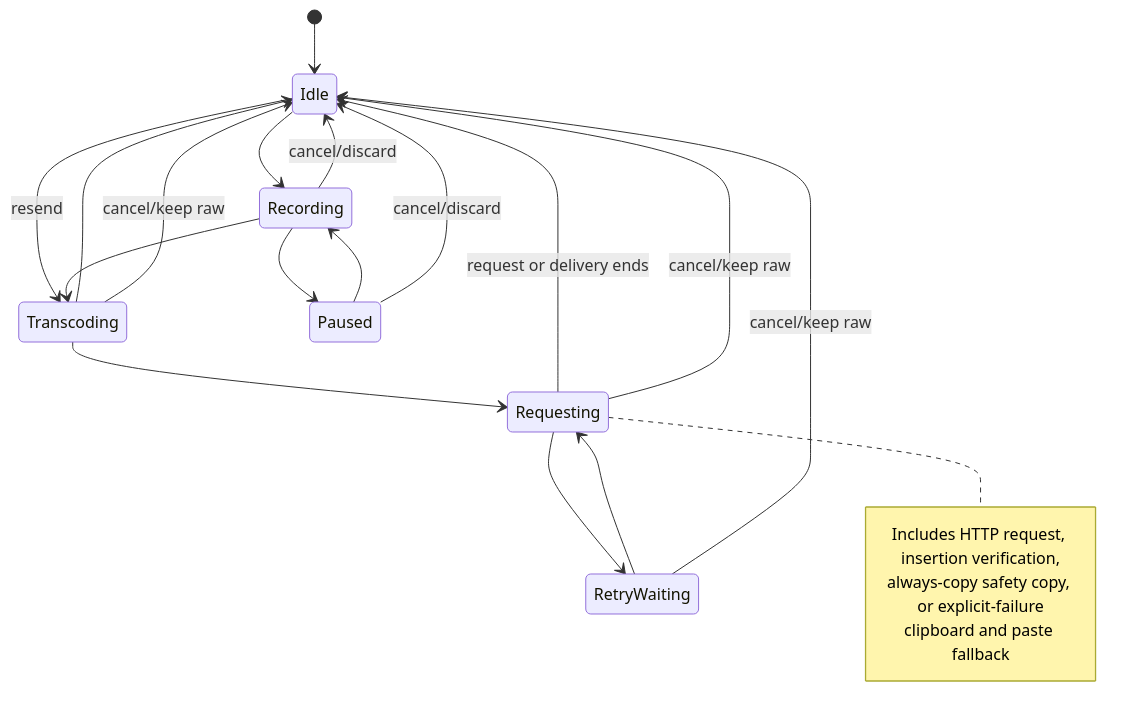
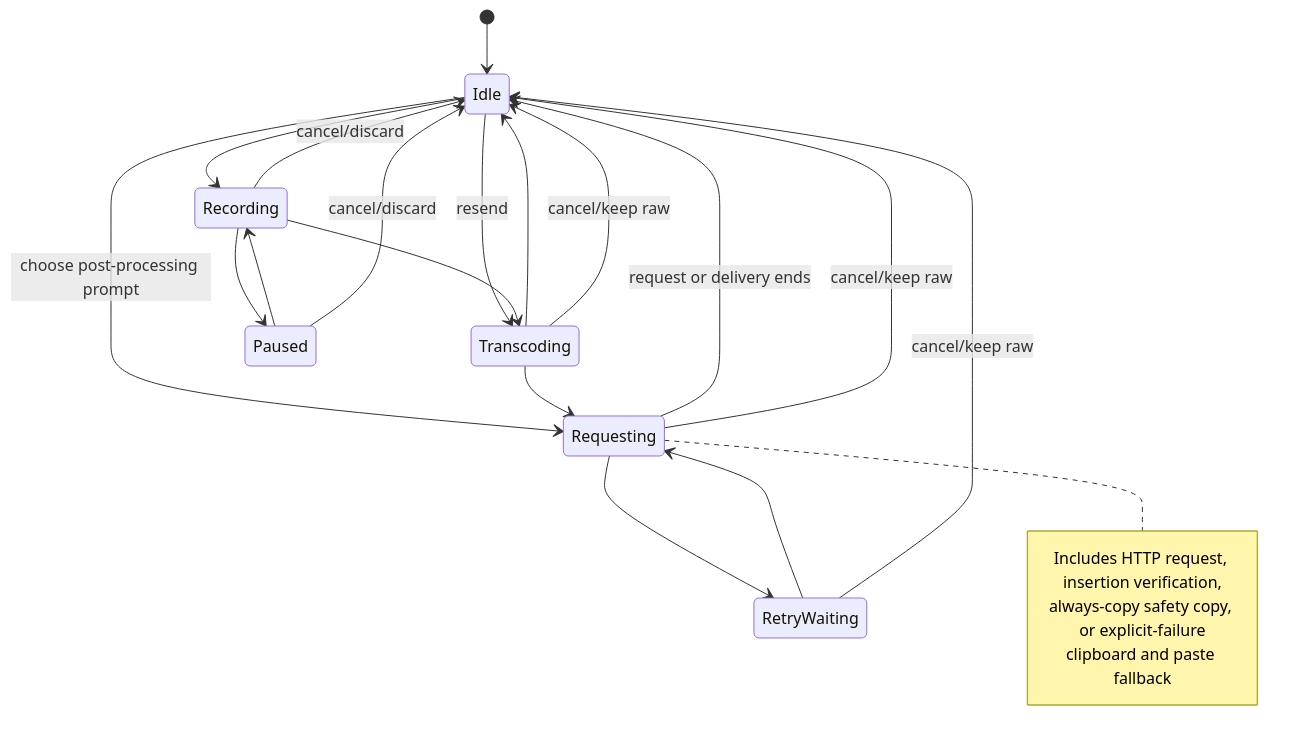
One commit to Joey-Kot/Dictate changed the third of 3 diagrams in README.md. Above: the diagram before and after it, drawn with Mermaid. The commit also changed other lines of this file and 93 other files, not shown here.

````diff
--- a/README.md
+++ b/README.md
@@ -128,24 +152,25 @@
 ```mermaid
 stateDiagram-v2
   [*] --> Idle
   Idle --> Recording
   Idle --> Transcoding: resend
+  Idle --> Requesting: choose post-processing prompt
   Recording --> Paused
   Paused --> Recording
   Recording --> Transcoding
   Transcoding --> Requesting
   Requesting --> RetryWaiting
   RetryWaiting --> Requesting
   Requesting --> Idle: request or delivery ends
   Transcoding --> Idle
   Recording --> Idle: cancel/discard
   Paused --> Idle: cancel/discard
   Transcoding --> Idle: cancel/keep raw
   Requesting --> Idle: cancel/keep raw
   RetryWaiting --> Idle: cancel/keep raw
   note right of Requesting
     Includes HTTP request, insertion verification,
     always-copy safety copy, or explicit-failure
     clipboard and paste fallback
   end note
 ```
````
